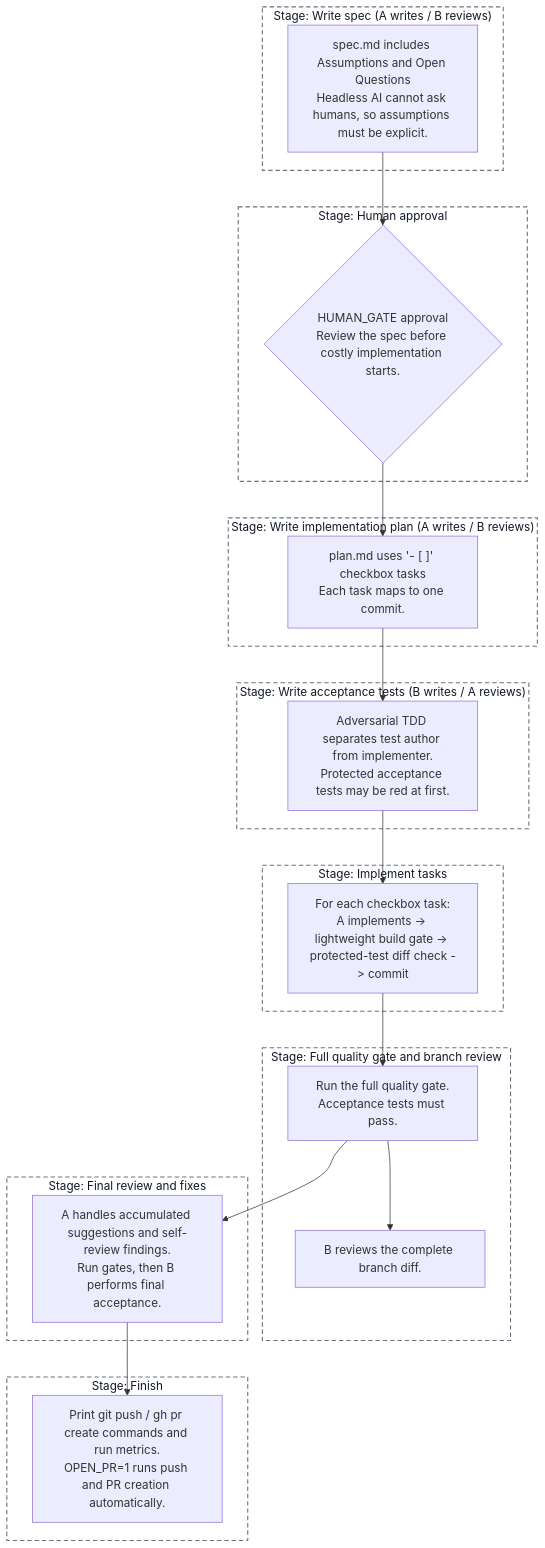
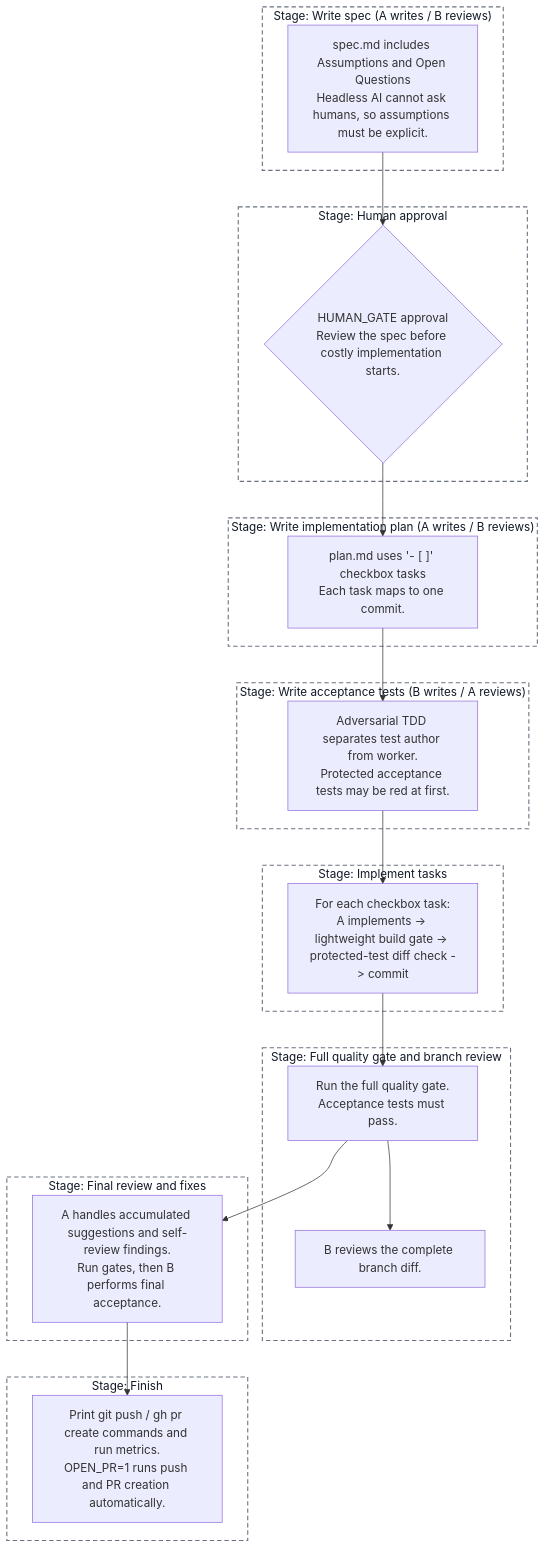
Before and after one commit to yhchiu/adversarial-ai-coding: the diagram in README.md, drawn with Mermaid. The commit also changed other lines of this file, not shown here.

````diff
--- a/README.md
+++ b/README.md
@@ -37,47 +37,47 @@
 ```mermaid
 flowchart TD
   subgraph S1["Stage: Write spec (A writes / B reviews)"]
     spec["spec.md includes Assumptions and Open Questions<br/>Headless AI cannot ask humans, so assumptions must be explicit."]
   end
 
   subgraph S2["Stage: Human approval"]
     human{"HUMAN_GATE approval<br/>Review the spec before costly implementation starts."}
   end
 
   subgraph S3["Stage: Write implementation plan (A writes / B reviews)"]
     plan["plan.md uses '- [ ]' checkbox tasks<br/>Each task maps to one commit."]
   end
 
   subgraph S4["Stage: Write acceptance tests (B writes / A reviews)"]
-    tests["Adversarial TDD separates test author from implementer.<br/>Protected acceptance tests may be red at first."]
+    tests["Adversarial TDD separates test author from worker.<br/>Protected acceptance tests may be red at first."]
   end
 
   subgraph S5["Stage: Implement tasks"]
     tasks["For each checkbox task:<br/>A implements -> lightweight build gate -> protected-test diff check -> commit"]
   end
 
   subgraph S6["Stage: Full quality gate and branch review"]
     fullgate["Run the full quality gate.<br/>Acceptance tests must pass."]
     branchreview["B reviews the complete branch diff."]
     fullgate --> branchreview
   end
 
   subgraph S7["Stage: Final review and fixes"]
     final["A handles accumulated suggestions and self-review findings.<br/>Run gates, then B performs final acceptance."]
   end
 
   subgraph S8["Stage: Finish"]
     finish["Print git push / gh pr create commands and run metrics.<br/>OPEN_PR=1 runs push and PR creation automatically."]
   end
 
   spec --> human --> plan --> tests --> tasks --> fullgate --> final --> finish
 
   style S1 fill:#ffffff,stroke:#6b7280,stroke-width:1.5px,stroke-dasharray:6 4,color:#111827
   style S2 fill:#ffffff,stroke:#6b7280,stroke-width:1.5px,stroke-dasharray:6 4,color:#111827
   style S3 fill:#ffffff,stroke:#6b7280,stroke-width:1.5px,stroke-dasharray:6 4,color:#111827
   style S4 fill:#ffffff,stroke:#6b7280,stroke-width:1.5px,stroke-dasharray:6 4,color:#111827
   style S5 fill:#ffffff,stroke:#6b7280,stroke-width:1.5px,stroke-dasharray:6 4,color:#111827
   style S6 fill:#ffffff,stroke:#6b7280,stroke-width:1.5px,stroke-dasharray:6 4,color:#111827
   style S7 fill:#ffffff,stroke:#6b7280,stroke-width:1.5px,stroke-dasharray:6 4,color:#111827
   style S8 fill:#ffffff,stroke:#6b7280,stroke-width:1.5px,stroke-dasharray:6 4,color:#111827
 ```
````
